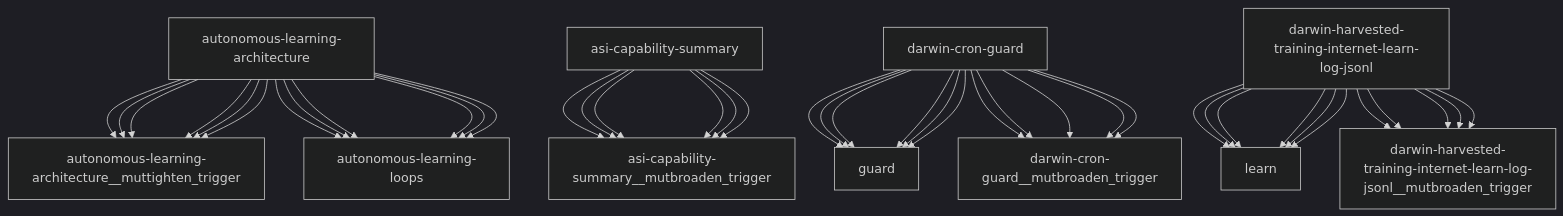
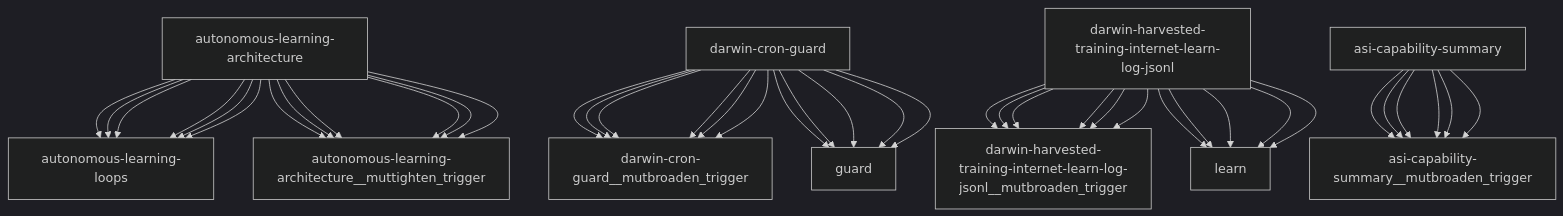
The diagram in reports/darwin-report.md (openamer/openamer), drawn with Mermaid (dark theme) before and after one commit. The commit also changed other lines of this file and 6 other files, not shown here.

````diff
--- a/reports/darwin-report.md
+++ b/reports/darwin-report.md
@@ -74,43 +74,43 @@
 ```mermaid
 graph TD
-    autonomous-learning-architecture["autonomous-learning-architecture"] --> autonomous-learning-architecture__muttighten_trigger["autonomous-learning-architecture__muttighten_trigger"]
-    asi-capability-summary["asi-capability-summary"] --> asi-capability-summary__mutbroaden_trigger["asi-capability-summary__mutbroaden_trigger"]
-    darwin-cron-guard["darwin-cron-guard"] --> guard["guard"]
-    darwin-harvested-training-internet-learn-log-jsonl["darwin-harvested-training-internet-learn-log-jsonl"] --> learn["learn"]
     autonomous-learning-architecture["autonomous-learning-architecture"] --> autonomous-learning-loops["autonomous-learning-loops"]
     darwin-cron-guard["darwin-cron-guard"] --> darwin-cron-guard__mutbroaden_trigger["darwin-cron-guard__mutbroaden_trigger"]
     darwin-harvested-training-internet-learn-log-jsonl["darwin-harvested-training-internet-learn-log-jsonl"] --> darwin-harvested-training-internet-learn-log-jsonl__mutbroaden_trigger["darwin-harvested-training-internet-learn-log-jsonl__mutbroaden_trigger"]
     autonomous-learning-architecture["autonomous-learning-architecture"] --> autonomous-learning-architecture__muttighten_trigger["autonomous-learning-architecture__muttighten_trigger"]
     asi-capability-summary["asi-capability-summary"] --> asi-capability-summary__mutbroaden_trigger["asi-capability-summary__mutbroaden_trigger"]
     darwin-cron-guard["darwin-cron-guard"] --> guard["guard"]
     darwin-harvested-training-internet-learn-log-jsonl["darwin-harvested-training-internet-learn-log-jsonl"] --> learn["learn"]
     autonomous-learning-architecture["autonomous-learning-architecture"] --> autonomous-learning-loops["autonomous-learning-loops"]
     darwin-cron-guard["darwin-cron-guard"] --> darwin-cron-guard__mutbroaden_trigger["darwin-cron-guard__mutbroaden_trigger"]
     darwin-harvested-training-internet-learn-log-jsonl["darwin-harvested-training-internet-learn-log-jsonl"] --> darwin-harvested-training-internet-learn-log-jsonl__mutbroaden_trigger["darwin-harvested-training-internet-learn-log-jsonl__mutbroaden_trigger"]
     autonomous-learning-architecture["autonomous-learning-architecture"] --> autonomous-learning-architecture__muttighten_trigger["autonomous-learning-architecture__muttighten_trigger"]
     asi-capability-summary["asi-capability-summary"] --> asi-capability-summary__mutbroaden_trigger["asi-capability-summary__mutbroaden_trigger"]
     darwin-cron-guard["darwin-cron-guard"] --> guard["guard"]
     darwin-harvested-training-internet-learn-log-jsonl["darwin-harvested-training-internet-learn-log-jsonl"] --> learn["learn"]
     autonomous-learning-architecture["autonomous-learning-architecture"] --> autonomous-learning-loops["autonomous-learning-loops"]
     darwin-cron-guard["darwin-cron-guard"] --> darwin-cron-guard__mutbroaden_trigger["darwin-cron-guard__mutbroaden_trigger"]
     darwin-harvested-training-internet-learn-log-jsonl["darwin-harvested-training-internet-learn-log-jsonl"] --> darwin-harvested-training-internet-learn-log-jsonl__mutbroaden_trigger["darwin-harvested-training-internet-learn-log-jsonl__mutbroaden_trigger"]
     autonomous-learning-architecture["autonomous-learning-architecture"] --> autonomous-learning-architecture__muttighten_trigger["autonomous-learning-architecture__muttighten_trigger"]
     asi-capability-summary["asi-capability-summary"] --> asi-capability-summary__mutbroaden_trigger["asi-capability-summary__mutbroaden_trigger"]
     darwin-cron-guard["darwin-cron-guard"] --> guard["guard"]
     darwin-harvested-training-internet-learn-log-jsonl["darwin-harvested-training-internet-learn-log-jsonl"] --> learn["learn"]
     autonomous-learning-architecture["autonomous-learning-architecture"] --> autonomous-learning-loops["autonomous-learning-loops"]
     darwin-cron-guard["darwin-cron-guard"] --> darwin-cron-guard__mutbroaden_trigger["darwin-cron-guard__mutbroaden_trigger"]
     darwin-harvested-training-internet-learn-log-jsonl["darwin-harvested-training-internet-learn-log-jsonl"] --> darwin-harvested-training-internet-learn-log-jsonl__mutbroaden_trigger["darwin-harvested-training-internet-learn-log-jsonl__mutbroaden_trigger"]
     autonomous-learning-architecture["autonomous-learning-architecture"] --> autonomous-learning-architecture__muttighten_trigger["autonomous-learning-architecture__muttighten_trigger"]
     asi-capability-summary["asi-capability-summary"] --> asi-capability-summary__mutbroaden_trigger["asi-capability-summary__mutbroaden_trigger"]
     darwin-cron-guard["darwin-cron-guard"] --> guard["guard"]
     darwin-harvested-training-internet-learn-log-jsonl["darwin-harvested-training-internet-learn-log-jsonl"] --> learn["learn"]
     autonomous-learning-architecture["autonomous-learning-architecture"] --> autonomous-learning-loops["autonomous-learning-loops"]
     darwin-cron-guard["darwin-cron-guard"] --> darwin-cron-guard__mutbroaden_trigger["darwin-cron-guard__mutbroaden_trigger"]
     darwin-harvested-training-internet-learn-log-jsonl["darwin-harvested-training-internet-learn-log-jsonl"] --> darwin-harvested-training-internet-learn-log-jsonl__mutbroaden_trigger["darwin-harvested-training-internet-learn-log-jsonl__mutbroaden_trigger"]
     autonomous-learning-architecture["autonomous-learning-architecture"] --> autonomous-learning-architecture__muttighten_trigger["autonomous-learning-architecture__muttighten_trigger"]
     asi-capability-summary["asi-capability-summary"] --> asi-capability-summary__mutbroaden_trigger["asi-capability-summary__mutbroaden_trigger"]
+    darwin-cron-guard["darwin-cron-guard"] --> darwin-cron-guard__mutbroaden_trigger["darwin-cron-guard__mutbroaden_trigger"]
+    darwin-harvested-training-internet-learn-log-jsonl["darwin-harvested-training-internet-learn-log-jsonl"] --> darwin-harvested-training-internet-learn-log-jsonl__mutbroaden_trigger["darwin-harvested-training-internet-learn-log-jsonl__mutbroaden_trigger"]
+    autonomous-learning-architecture["autonomous-learning-architecture"] --> autonomous-learning-architecture__muttighten_trigger["autonomous-learning-architecture__muttighten_trigger"]
+    asi-capability-summary["asi-capability-summary"] --> asi-capability-summary__mutbroaden_trigger["asi-capability-summary__mutbroaden_trigger"]
     darwin-cron-guard["darwin-cron-guard"] --> guard["guard"]
     darwin-harvested-training-internet-learn-log-jsonl["darwin-harvested-training-internet-learn-log-jsonl"] --> learn["learn"]
     autonomous-learning-architecture["autonomous-learning-architecture"] --> autonomous-learning-loops["autonomous-learning-loops"]
 ```
````
